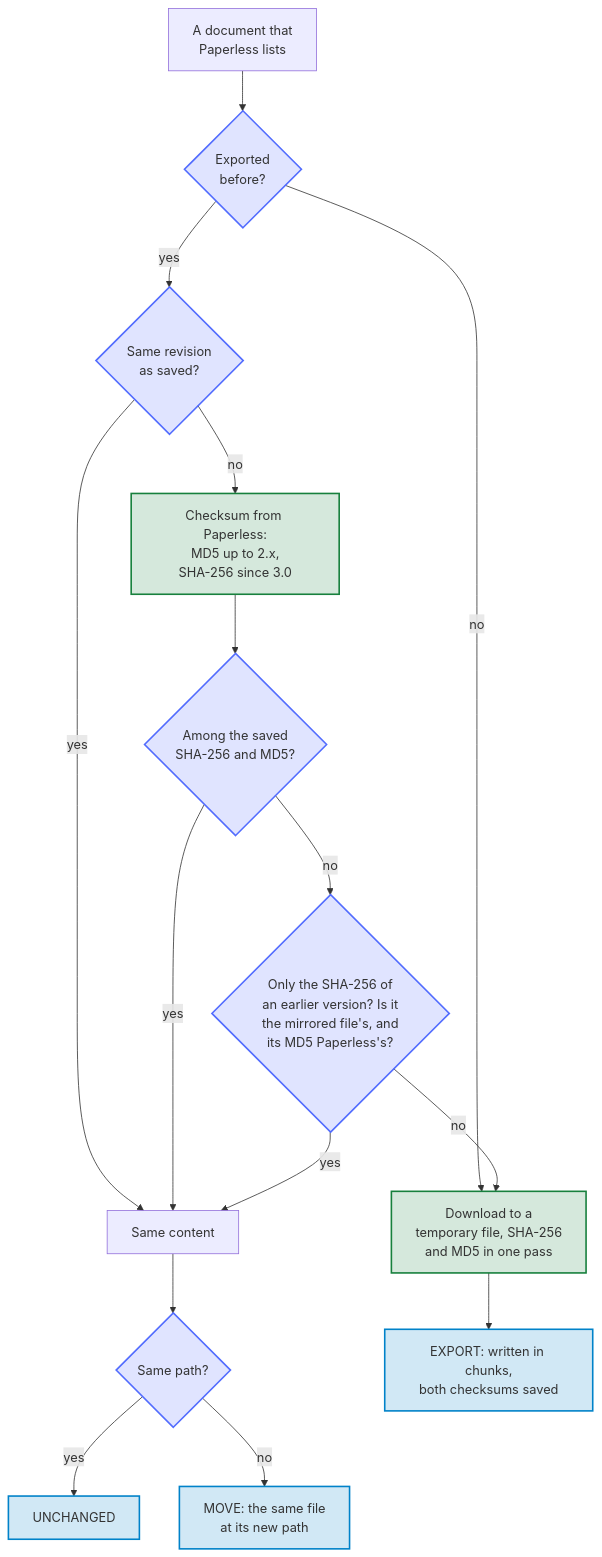
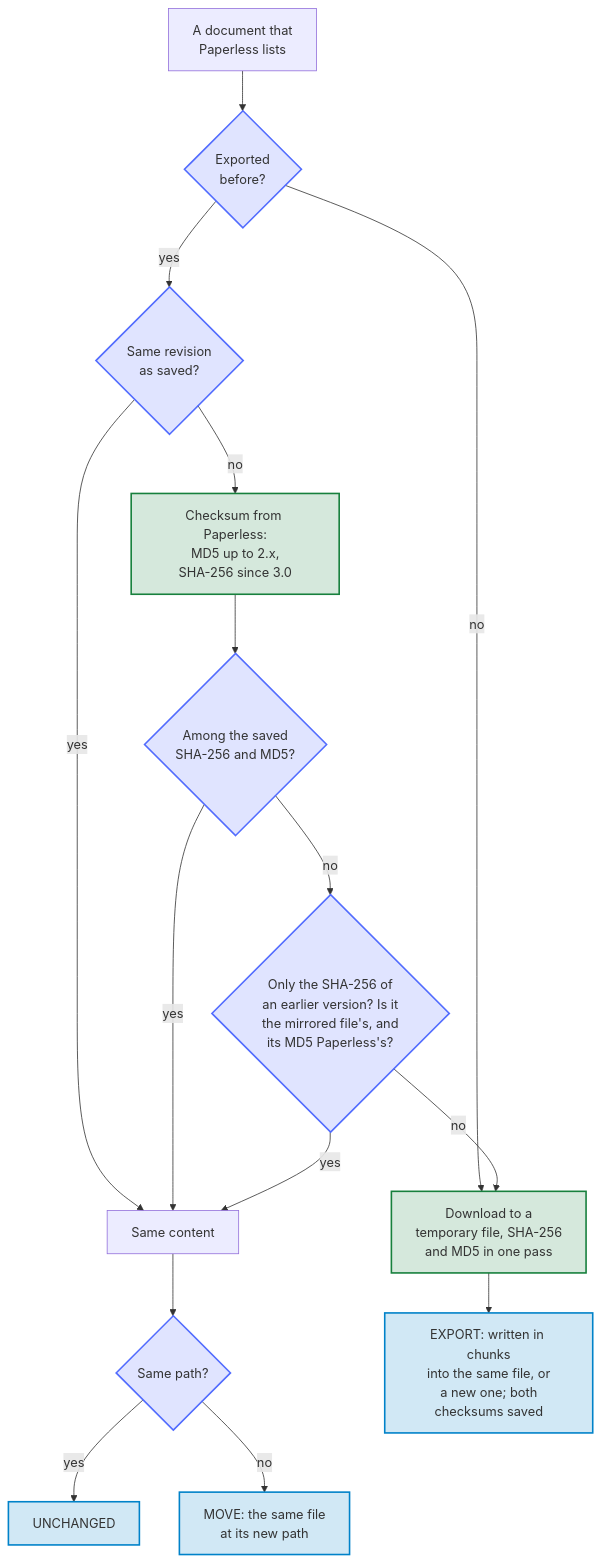
The third of 10 diagrams in README.md (Dennis-Otto/paperless-sync), drawn with Mermaid before and after one commit. The commit also changed other lines of this file and 16 other files, not shown here.

````diff
--- a/README.md
+++ b/README.md
@@ -217,26 +218,26 @@
 ```mermaid
 flowchart TB
     accTitle: How a run tells new metadata from new content
-    accDescr: A document that was never exported is downloaded. For an exported document, a run compares the revision of Paperless with the one it saved. With a new revision, it asks Paperless for the checksum of the file, MD5 up to Paperless-ngx 2.x and SHA-256 since 3.0, and looks for it among the SHA-256 and the MD5 that it saved at the download. When the revision is the same, or the checksum is among them, the content is the same: the file stays where it is, or moves to its new path. When an earlier version of the app saved the SHA-256 alone and Paperless reports an MD5, the run computes both checksums of the mirrored file: when its SHA-256 is the saved one and its MD5 the one of Paperless, the content is the same too. Otherwise the run downloads the document to a temporary file, computes both checksums in one pass over it, writes it to Nextcloud in chunks and saves the checksums. The questions are indigo, the requests to Paperless-ngx green, and the results in Nextcloud blue.
+    accDescr: A document that was never exported is downloaded. For an exported document, a run compares the revision of Paperless with the one it saved. With a new revision, it asks Paperless for the checksum of the file, MD5 up to Paperless-ngx 2.x and SHA-256 since 3.0, and looks for it among the SHA-256 and the MD5 that it saved at the download. When the revision is the same, or the checksum is among them, the content is the same: the file stays where it is, or moves to its new path. When an earlier version of the app saved the SHA-256 alone and Paperless reports an MD5, the run computes both checksums of the mirrored file: when its SHA-256 is the saved one and its MD5 the one of Paperless, the content is the same too. Otherwise the run downloads the document to a temporary file, computes both checksums in one pass over it, writes it to Nextcloud in chunks, into the file of the document when it has one, which keeps its ID and moves to its new path first, and saves the checksums. The questions are indigo, the requests to Paperless-ngx green, and the results in Nextcloud blue.
 
     document["A document that<br>Paperless lists"] --> exported{"Exported<br>before?"}
     exported -->|no| download["Download to a<br>temporary file, SHA-256<br>and MD5 in one pass"]
     exported -->|yes| revision{"Same revision<br>as saved?"}
     revision -->|yes| same["Same content"]
     revision -->|no| checksum["Checksum from Paperless:<br>MD5 up to 2.x,<br>SHA-256 since 3.0"]
     checksum --> known{"Among the saved<br>SHA-256 and MD5?"}
     known -->|yes| same
     known -->|no| earlier{"Only the SHA-256 of<br>an earlier version? Is it<br>the mirrored file's, and<br>its MD5 Paperless's?"}
     earlier -->|yes| same
     earlier -->|no| download
     same --> path{"Same path?"}
     path -->|yes| unchanged["UNCHANGED"]
     path -->|no| move["MOVE: the same file<br>at its new path"]
-    download --> export["EXPORT: written in chunks,<br>both checksums saved"]
+    download --> export["EXPORT: written in chunks<br>into the same file, or<br>a new one; both<br>checksums saved"]
     classDef check fill:#526cfe2e,stroke:#526cfe,stroke-width:2px
     classDef paperless fill:#17803d2e,stroke:#17803d,stroke-width:2px
     classDef nextcloud fill:#0082c92e,stroke:#0082c9,stroke-width:2px
     class exported,revision,known,earlier,path check
     class checksum,download paperless
     class unchanged,move,export nextcloud
 ```
````
